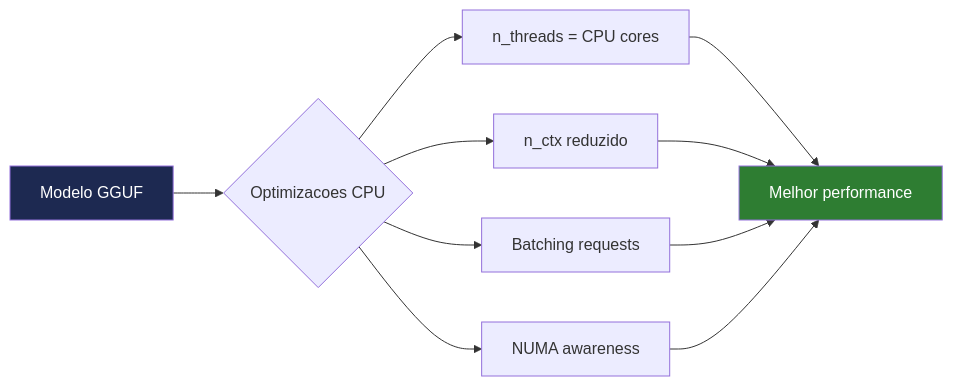
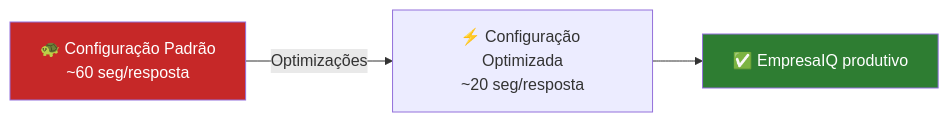
The diagram in docs/12-optimizacoes-cpu.md (icpmtech/empresaiq-ebook), drawn with Mermaid before and after one commit. The commit also changed other lines of this file and 24 other files, not shown here.

````diff
--- a/docs/12-optimizacoes-cpu.md
+++ b/docs/12-optimizacoes-cpu.md
@@ -9,11 +17,7 @@
 ```mermaid
 graph LR
-    A[Modelo GGUF] --> B{Optimizacoes CPU}
-    B --> C[n_threads = CPU cores]
-    B --> D[n_ctx reduzido]
-    B --> E[Batching requests]
-    B --> F[NUMA awareness]
-    C & D & E & F --> G[Melhor performance]
-    style G fill:#2E7D32,color:#fff
-    style A fill:#1D2951,color:#fff
+    A["🐢 Configuração Padrão\n~60 seg/resposta"] -->|"Optimizações"| B["⚡ Configuração Optimizada\n~20 seg/resposta"]
+    B --> C["✅ EmpresaIQ produtivo"]
+    style C fill:#2E7D32,color:#fff
+    style A fill:#c62828,color:#fff
 ```
````
